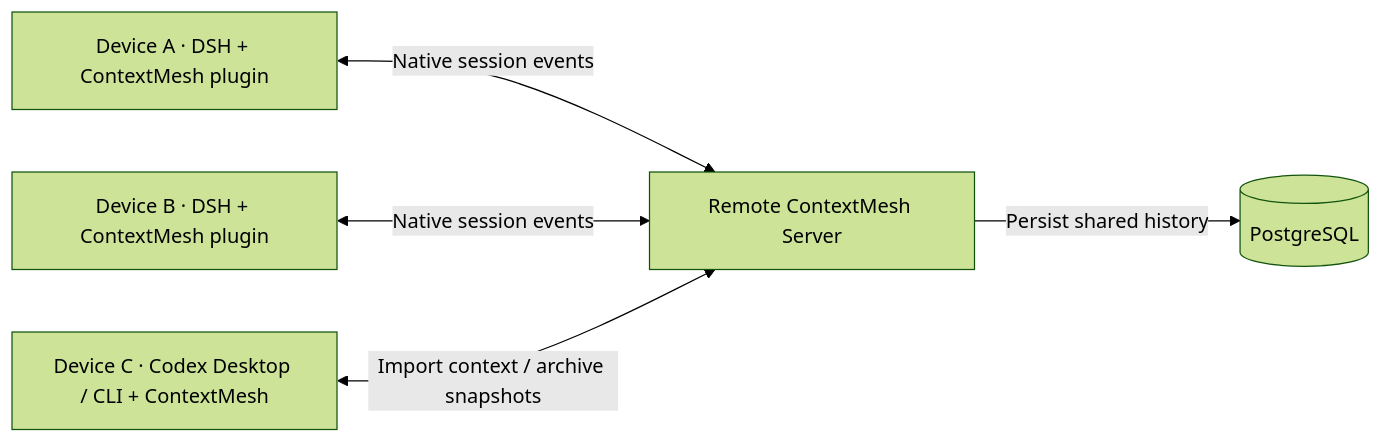
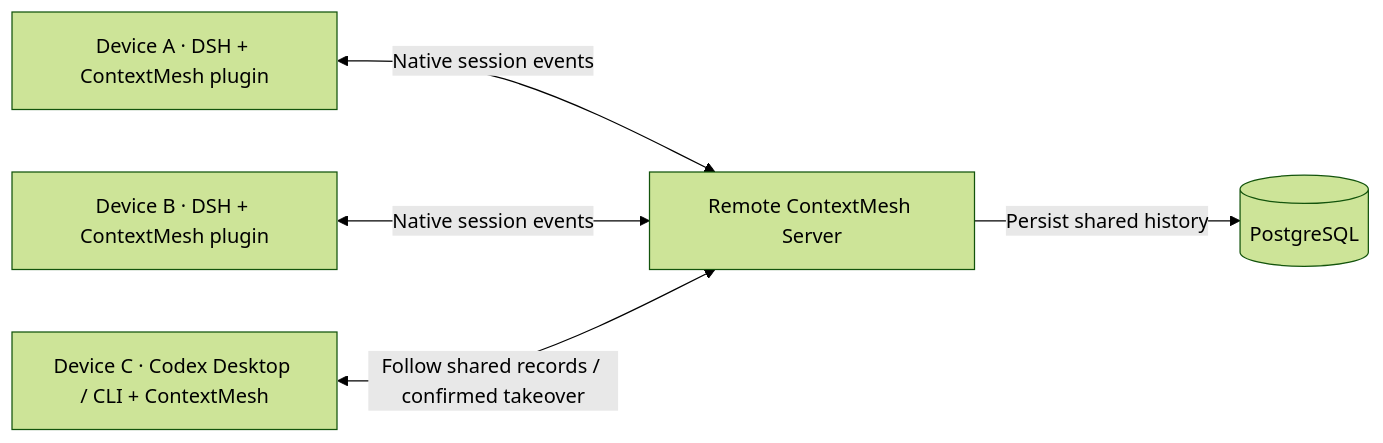
One commit to MarsZheng666/ContextMesh changed the diagram in README.md. Above: the diagram before and after it, drawn with Mermaid (forest theme). The commit also changed other lines of this file and 50 other files, not shown here.

````diff
--- a/README.md
+++ b/README.md
@@ -15,7 +15,7 @@
 ```mermaid
 flowchart LR
   A["Device A · DSH + ContextMesh plugin"] <-->|"Native session events"| S["Remote ContextMesh Server"]
   B["Device B · DSH + ContextMesh plugin"] <-->|"Native session events"| S
-  C["Device C · Codex Desktop / CLI + ContextMesh"] <-->|"Import context / archive snapshots"| S
+  C["Device C · Codex Desktop / CLI + ContextMesh"] <-->|"Follow shared records / confirmed takeover"| S
   S -->|"Persist shared history"| DB[(PostgreSQL)]
 ```
````
